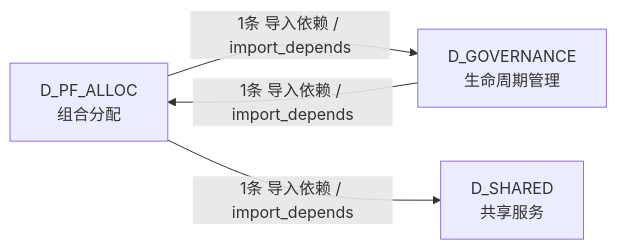
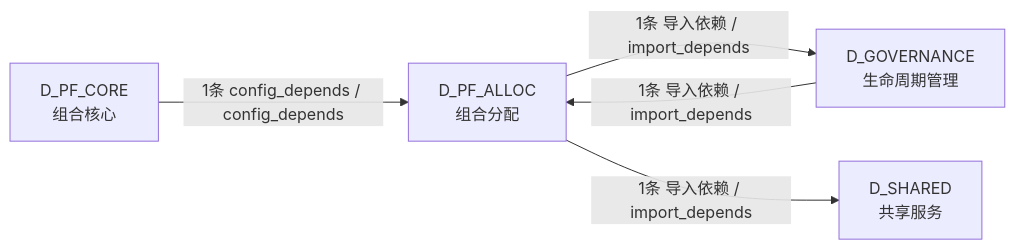
The fifth of 5 diagrams in docs/02_enterprise_architecture/02_domain_architecture_docs/49_d_pf_alloc.md (xuanFelixVan/ZephyrAlpha), drawn with Mermaid before and after one commit. The commit also changed other lines of this file and 112 other files, not shown here.

````diff
--- a/docs/02_enterprise_architecture/02_domain_architecture_docs/49_d_pf_alloc.md
+++ b/docs/02_enterprise_architecture/02_domain_architecture_docs/49_d_pf_alloc.md
@@ -178,9 +183,11 @@
 ```mermaid
 graph LR
     D_PF_ALLOC["D_PF_ALLOC<br/>组合分配"]
     D_GOVERNANCE["D_GOVERNANCE<br/>生命周期管理"]
     D_SHARED["D_SHARED<br/>共享服务"]
+    D_PF_CORE["D_PF_CORE<br/>组合核心"]
     D_PF_ALLOC -->|1条 导入依赖 / import_depends| D_GOVERNANCE
     D_PF_ALLOC -->|1条 导入依赖 / import_depends| D_SHARED
     D_GOVERNANCE -->|1条 导入依赖 / import_depends| D_PF_ALLOC
+    D_PF_CORE -->|1条 config_depends / config_depends| D_PF_ALLOC
 ```
````
